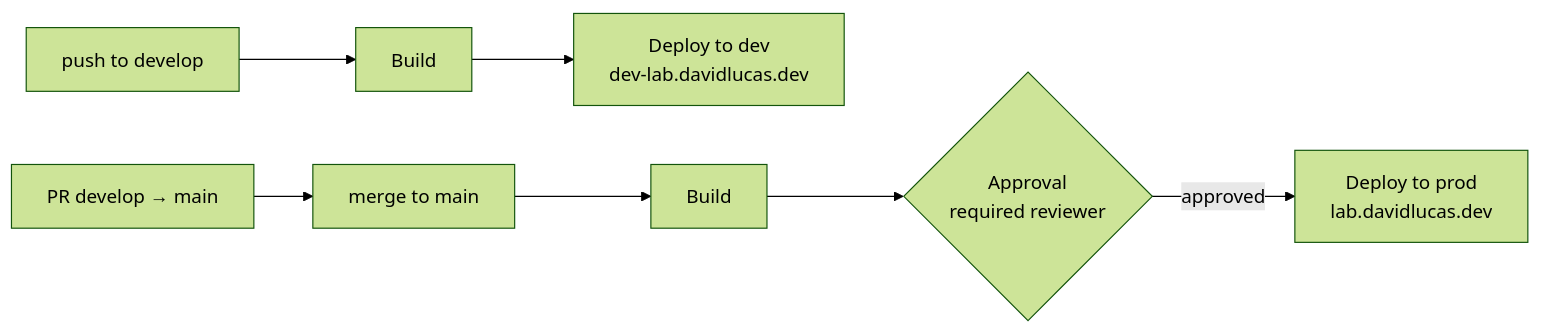
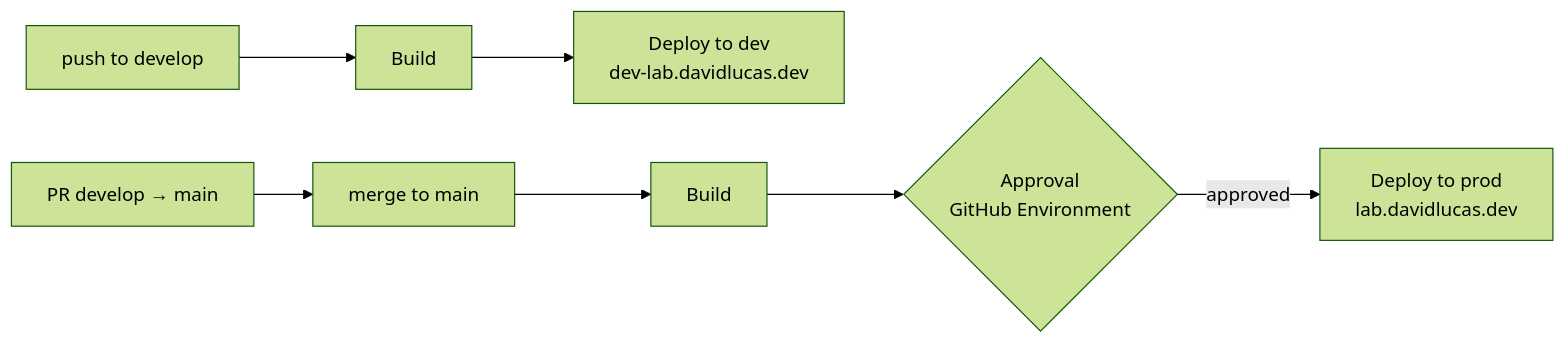
The second of 2 diagrams in README.md (David-LBautista/aws-lab), drawn with Mermaid (forest theme) before and after one commit. The commit also changed other lines of this file, not shown here.

````diff
--- a/README.md
+++ b/README.md
@@ -106,5 +113,5 @@
 ```mermaid
 flowchart LR
     D[push to develop] --> BD[Build] --> DEV[Deploy to dev<br/>dev-lab.davidlucas.dev]
-    PR[PR develop → main] --> M[merge to main] --> BP[Build] --> A{Approval<br/>required reviewer} -->|approved| PROD[Deploy to prod<br/>lab.davidlucas.dev]
+    PR[PR develop → main] --> M[merge to main] --> BP[Build] --> A{Approval<br/>GitHub Environment} -->|approved| PROD[Deploy to prod<br/>lab.davidlucas.dev]
 ```
````
